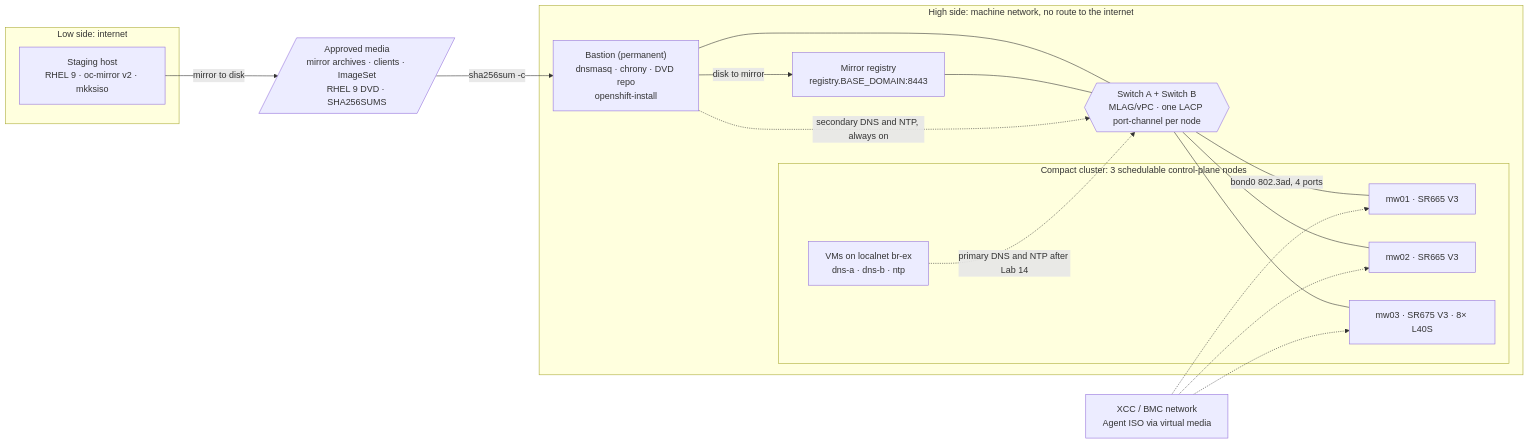
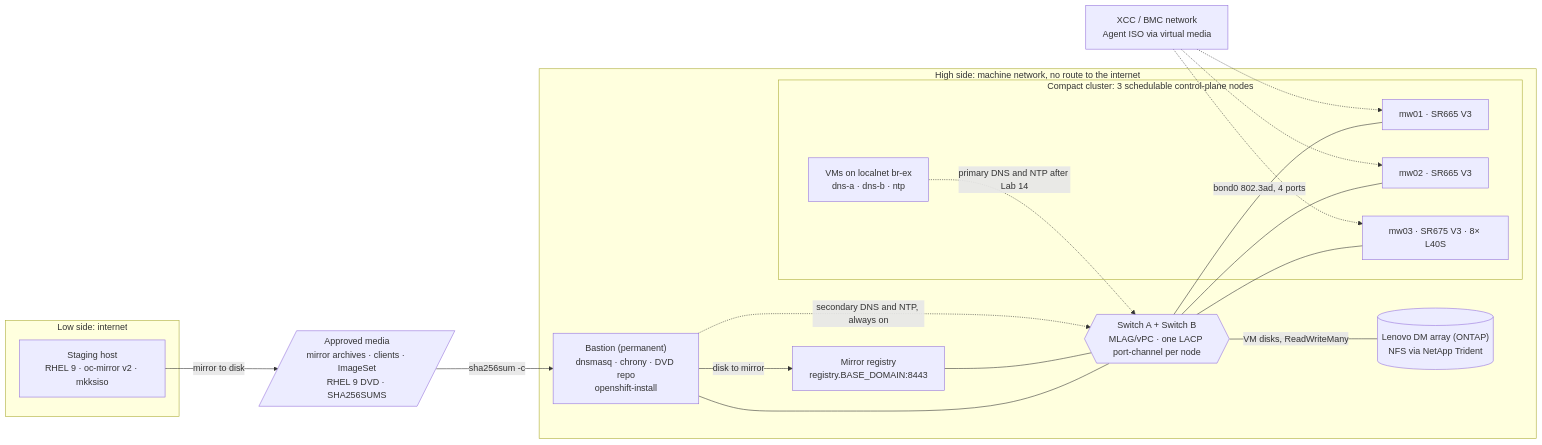
Before and after one commit to sylviyayy/OCPV-Dark-Site-Deployment: the diagram in README.md, drawn with Mermaid. The commit also changed other lines of this file and 28 other files, not shown here.

````diff
--- a/README.md
+++ b/README.md
@@ -54,31 +54,33 @@
 ```mermaid
 flowchart LR
   subgraph LOW["Low side: internet"]
     STG["Staging host<br/>RHEL 9 · oc-mirror v2 · mkksiso"]
   end
   MEDIA[/"Approved media<br/>mirror archives · clients · ImageSet<br/>RHEL 9 DVD · SHA256SUMS"/]
   subgraph HIGH["High side: machine network, no route to the internet"]
     BAS["Bastion (permanent)<br/>dnsmasq · chrony · DVD repo<br/>openshift-install"]
     REG["Mirror registry<br/>registry.BASE_DOMAIN:8443"]
     SW{{"Switch A + Switch B<br/>MLAG/vPC · one LACP port-channel per node"}}
     subgraph OCP["Compact cluster: 3 schedulable control-plane nodes"]
       MW1["mw01 · SR665 V3"]
       MW2["mw02 · SR665 V3"]
       MW3["mw03 · SR675 V3 · 8× L40S"]
       VMS["VMs on localnet br-ex<br/>dns-a · dns-b · ntp"]
     end
+    SAN[("Lenovo DM array (ONTAP)<br/>NFS via NetApp Trident")]
   end
   XCC["XCC / BMC network<br/>Agent ISO via virtual media"]
   STG -->|mirror to disk| MEDIA -->|sha256sum -c| BAS
   BAS -->|disk to mirror| REG
   BAS --- SW
   REG --- SW
   SW ---|bond0 802.3ad, 4 ports| MW1
   SW --- MW2
   SW --- MW3
+  SW ---|VM disks, ReadWriteMany| SAN
   XCC -.-> MW1
   XCC -.-> MW2
   XCC -.-> MW3
   VMS -.->|primary DNS and NTP after Lab 14| SW
   BAS -.->|secondary DNS and NTP, always on| SW
 ```
````
